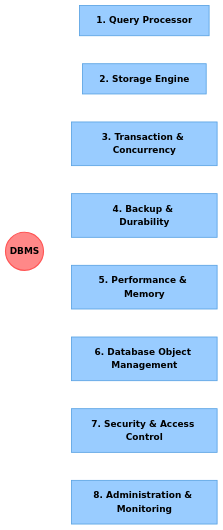
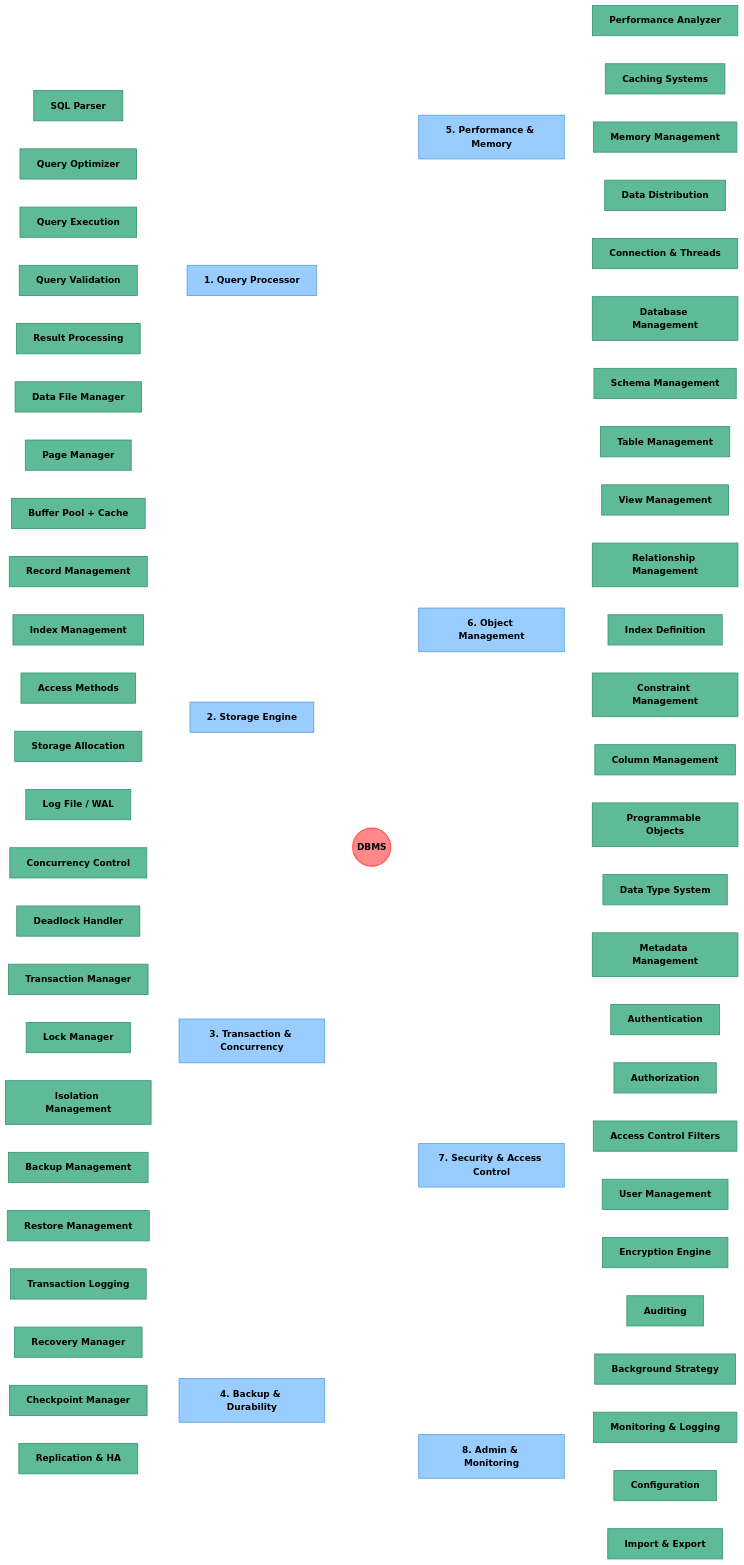
One commit to Hagiakhanh/bbv-dbms changed the first of 9 diagrams in docs/mindmaps/overview-mindmap.md. Above: the diagram before and after it, drawn with Mermaid. The commit also changed 13 other files, not shown here.

Commit message:
docs(diagram): add class diagram and sequence diagram of storage engine

````diff
--- a/docs/mindmaps/overview-mindmap.md
+++ b/docs/mindmaps/overview-mindmap.md
@@ -6,18 +6,88 @@
     classDef default fill:#2d2d2d,stroke:#888,stroke-width:1px,color:#fff;
     classDef root fill:#ff8888,stroke:#ff5555,stroke-width:2px,font-weight:bold,color:#000;
     classDef layer1 fill:#99ccff,stroke:#5ba3e3,stroke-width:1.5px,font-weight:bold,color:#000;
+    classDef layer2 fill:#5fbb97,stroke:#3a9672,stroke-width:1.5px,font-weight:bold,color:#000;
 
     %% Tăng độ tương phản cho đường nối liên kết giữa các node
     linkStyle default stroke:#ffffff,stroke-width:1.5px;
 
     db((DBMS)):::root
-    
-    db --- qp[1. Query Processor]:::layer1
-    db --- se[2. Storage Engine]:::layer1
-    db --- tx[3. Transaction & Concurrency]:::layer1
-    db --- bd[4. Backup & Durability]:::layer1
+
+    %% ===== BÊN TRÁI (module 1-4) =====
+
+    %% 1. Query Processor
+    qp[1. Query Processor]:::layer1 --- db
+    qp_sp[SQL Parser]:::layer2 --- qp
+    qp_qo[Query Optimizer]:::layer2 --- qp
+    qp_qe[Query Execution]:::layer2 --- qp
+    qp_qv[Query Validation]:::layer2 --- qp
+    qp_rp[Result Processing]:::layer2 --- qp
+
+    %% 2. Storage Engine
+    se[2. Storage Engine]:::layer1 --- db
+    se_df[Data File Manager]:::layer2 --- se
+    se_pm[Page Manager]:::layer2 --- se
+    se_bp[Buffer Pool + Cache]:::layer2 --- se
+    se_rm[Record Management]:::layer2 --- se
+    se_im[Index Management]:::layer2 --- se
+    se_am[Access Methods]:::layer2 --- se
+    se_sa[Storage Allocation]:::layer2 --- se
+    se_lf[Log File / WAL]:::layer2 --- se
+
+    %% 3. Transaction & Concurrency
+    tx[3. Transaction & Concurrency]:::layer1 --- db
+    tx_cc[Concurrency Control]:::layer2 --- tx
+    tx_dl[Deadlock Handler]:::layer2 --- tx
+    tx_tm[Transaction Manager]:::layer2 --- tx
+    tx_lm[Lock Manager]:::layer2 --- tx
+    tx_im[Isolation Management]:::layer2 --- tx
+
+    %% 4. Backup & Durability
+    bd[4. Backup & Durability]:::layer1 --- db
+    bd_bm[Backup Management]:::layer2 --- bd
+    bd_rm[Restore Management]:::layer2 --- bd
+    bd_tl[Transaction Logging]:::layer2 --- bd
+    bd_re[Recovery Manager]:::layer2 --- bd
+    bd_cp[Checkpoint Manager]:::layer2 --- bd
+    bd_rp[Replication & HA]:::layer2 --- bd
+
+    %% ===== BÊN PHẢI (module 5-8) =====
+
+    %% 5. Performance & Memory
     db --- pf[5. Performance & Memory]:::layer1
-    db --- om[6. Database Object Management]:::layer1
+    pf --- pf_qa[Performance Analyzer]:::layer2
+    pf --- pf_ch[Caching Systems]:::layer2
+    pf --- pf_mm[Memory Management]:::layer2
+    pf --- pf_dd[Data Distribution]:::layer2
+    pf --- pf_ct[Connection & Threads]:::layer2
+
+    %% 6. Database Object Management
+    db --- om[6. Object Management]:::layer1
+    om --- om_dm[Database Management]:::layer2
+    om --- om_sm[Schema Management]:::layer2
+    om --- om_tm[Table Management]:::layer2
+    om --- om_vm[View Management]:::layer2
+    om --- om_rm[Relationship Management]:::layer2
+    om --- om_idx[Index Definition]:::layer2
+    om --- om_cm[Constraint Management]:::layer2
+    om --- om_com[Column Management]:::layer2
+    om --- om_po[Programmable Objects]:::layer2
+    om --- om_dt[Data Type System]:::layer2
+    om --- om_mm[Metadata Management]:::layer2
+
+    %% 7. Security & Access Control
     db --- sa[7. Security & Access Control]:::layer1
-    db --- am[8. Administration & Monitoring]:::layer1
+    sa --- sa_au[Authentication]:::layer2
+    sa --- sa_az[Authorization]:::layer2
+    sa --- sa_ac[Access Control Filters]:::layer2
+    sa --- sa_um[User Management]:::layer2
+    sa --- sa_ec[Encryption Engine]:::layer2
+    sa --- sa_ad[Auditing]:::layer2
+
+    %% 8. Administration & Monitoring
+    db --- am[8. Admin & Monitoring]:::layer1
+    am --- am_bs[Background Strategy]:::layer2
+    am --- am_ml[Monitoring & Logging]:::layer2
+    am --- am_cm[Configuration]:::layer2
+    am --- am_ie[Import & Export]:::layer2
 ```
````
